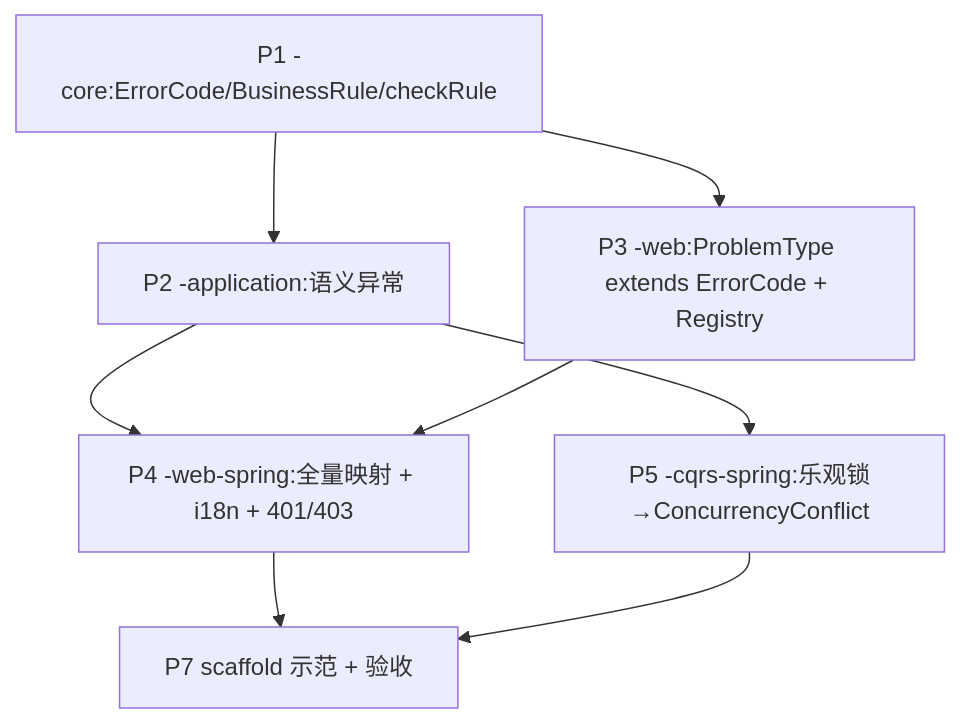
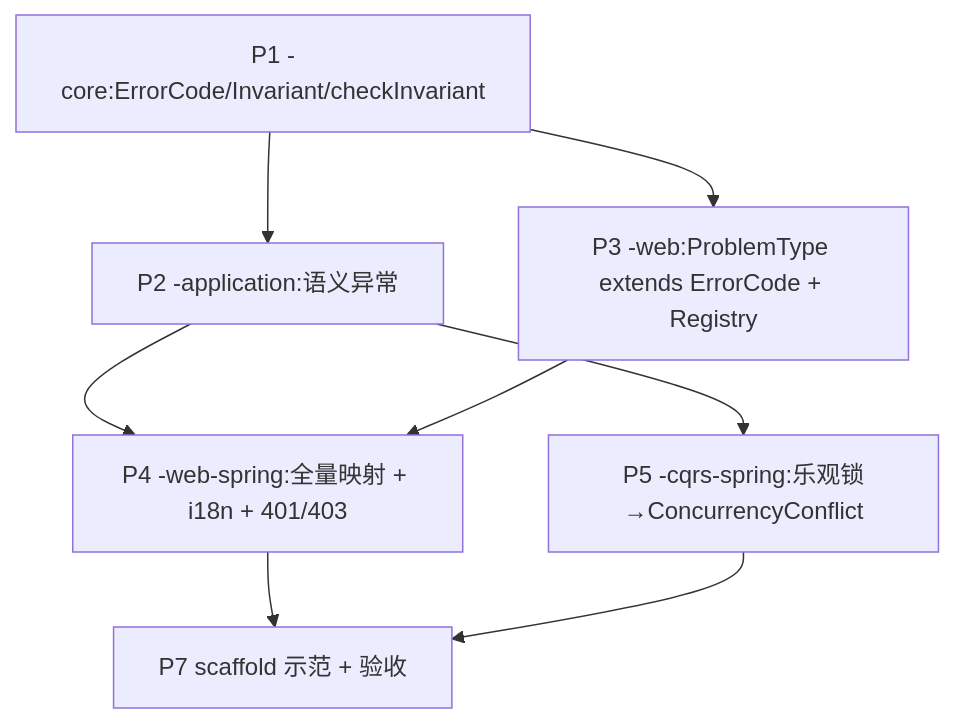
The diagram in docs/plan/plan-00002-exception-model-implementation.md (ryan-alexander-zhang/ai-native-project-template), drawn with Mermaid before and after one commit. The commit also changed other lines of this file and 7 other files, not shown here.

````diff
--- a/docs/plan/plan-00002-exception-model-implementation.md
+++ b/docs/plan/plan-00002-exception-model-implementation.md
@@ -33,10 +33,10 @@
 ```mermaid
 flowchart TD
-  P1["P1 -core:ErrorCode/BusinessRule/checkRule"] --> P2["P2 -application:语义异常"]
+  P1["P1 -core:ErrorCode/Invariant/checkInvariant"] --> P2["P2 -application:语义异常"]
   P1 --> P3["P3 -web:ProblemType extends ErrorCode + Registry"]
   P2 --> P4["P4 -web-spring:全量映射 + i18n + 401/403"]
   P3 --> P4
   P2 --> P5["P5 -cqrs-spring:乐观锁→ConcurrencyConflict"]
   P4 --> P7["P7 scaffold 示范 + 验收"]
   P5 --> P7
 ```
````
